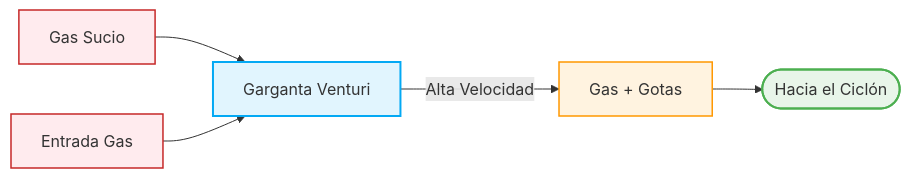
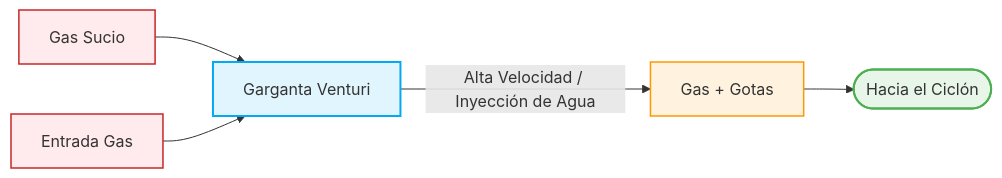
Before and after one commit to elvissalcedo/elvissalcedo.github.io: the first of 3 diagrams in _posts/2026-09-17-lavador-venturi.md, drawn with Mermaid. The commit also changed 1 other file, not shown here.

Commit message:
Restaura la etiqueta completa del diagrama Mermaid del Venturi
El commit anterior habia acortado el edge a solo "Alta Velocidad" para
resolver el corte de texto, pero se perdia informacion real del diagrama
("Inyeccion de Agua"). La solucion correcta no era acortar el contenido:
era sacar el <br> y unir las dos frases en una sola linea con "/" --
B -->|Alta Velocidad / Inyeccion de Agua| C[Gas + Gotas].

Confirmado con Edge headless que el foreignObject mide 19 unidades de
alto (una sola linea real), no las 38 que necesitaba el <br> de 2 lineas,
y que el texto se ve completo sin cortes.

````diff
--- a/_posts/2026-09-17-lavador-venturi.md
+++ b/_posts/2026-09-17-lavador-venturi.md
@@ -39,19 +39,19 @@
 ```mermaid
 graph LR
     %% Definición de los nodos de entrada
     A1[Gas Sucio] --> B[Garganta Venturi]
     A2[Entrada Gas] --> B
     
     %% Nodo central de proceso con descripción de alta velocidad
-    B -->|Alta Velocidad| C[Gas + Gotas]
+    B -->|Alta Velocidad / Inyección de Agua| C[Gas + Gotas]
     
     %% Nodo de salida
     C --> D([Hacia el Ciclón])
 
     %% Estilos estéticos para hacer juego con tus gráficos anteriores
     style A1 fill:#ffebee,stroke:#c62828,stroke-width:1.5px
     style A2 fill:#ffebee,stroke:#c62828,stroke-width:1.5px
     style B fill:#e1f5fe,stroke:#03a9f4,stroke-width:2px
     style C fill:#fff3e0,stroke:#ff9800,stroke-width:1.5px
     style D fill:#e8f5e9,stroke:#4caf50,stroke-width:2px
 ```
````
